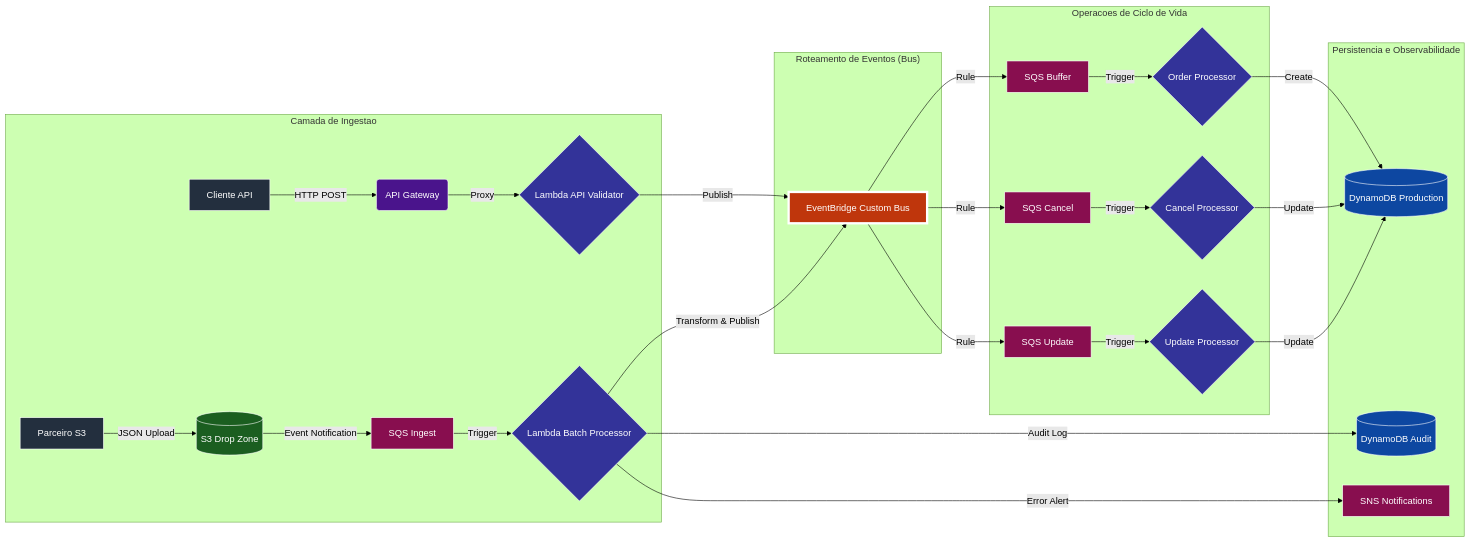
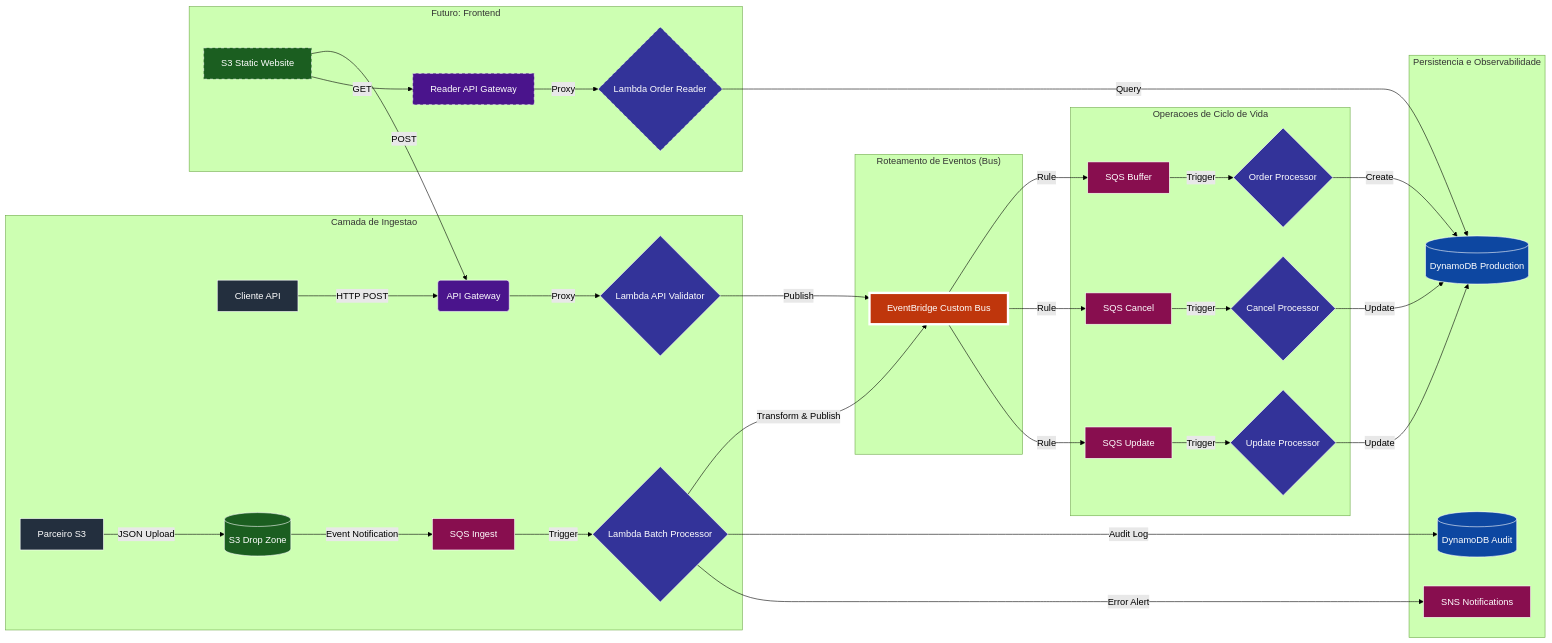
Before and after one commit to DessimA/aws-serverless-order-management: the diagram in README.md, drawn with Mermaid (forest theme). The commit also changed other lines of this file, not shown here.

Commit message:
docs: update README with fixes, lib.sh, and frontend roadmap

````diff
--- a/README.md
+++ b/README.md
@@ -12,48 +12,59 @@
 ```mermaid
 graph LR
     subgraph "Camada de Ingestao"
         A[Cliente API] -- HTTP POST --> B(API Gateway)
         B -- Proxy --> C{Lambda API Validator}
         D[Parceiro S3] -- JSON Upload --> E[(S3 Drop Zone)]
         E -- Event Notification --> F[SQS Ingest]
         F -- Trigger --> G{Lambda Batch Processor}
     end
 
     subgraph "Roteamento de Eventos (Bus)"
         C -- Publish --> H[EventBridge Custom Bus]
         G -- Transform & Publish --> H
     end
 
     subgraph "Operacoes de Ciclo de Vida"
         H -- Rule --> I[SQS Buffer] -- Trigger --> J{Order Processor}
         H -- Rule --> K[SQS Cancel] -- Trigger --> L{Cancel Processor}
         H -- Rule --> M[SQS Update] -- Trigger --> N{Update Processor}
     end
 
     subgraph "Persistencia e Observabilidade"
         J -- Create --> O[(DynamoDB Production)]
         L -- Update --> O
         N -- Update --> O
         G -- Audit Log --> P[(DynamoDB Audit)]
         G -- Error Alert --> Q[SNS Notifications]
     end
 
+    subgraph "Futuro: Frontend"
+        R[S3 Static Website]
+        R -- POST --> B
+        R -- GET --> S[Reader API Gateway]
+        S -- Proxy --> T{Lambda Order Reader}
+        T -- Query --> O
+    end
+
     %% Estilizacao para alto contraste (Fonte Branca)
     style A fill:#232F3E,stroke:#fff,color:#fff
     style B fill:#4A148C,stroke:#fff,color:#fff
     style C fill:#333399,stroke:#fff,color:#fff
     style D fill:#232F3E,stroke:#fff,color:#fff
     style E fill:#1B5E20,stroke:#fff,color:#fff
     style F fill:#880E4F,stroke:#fff,color:#fff
     style G fill:#333399,stroke:#fff,color:#fff
     style H fill:#BF360C,stroke:#fff,stroke-width:4px,color:#fff
     style I fill:#880E4F,stroke:#fff,color:#fff
     style J fill:#333399,stroke:#fff,color:#fff
     style K fill:#880E4F,stroke:#fff,color:#fff
     style L fill:#333399,stroke:#fff,color:#fff
     style M fill:#880E4F,stroke:#fff,color:#fff
     style N fill:#333399,stroke:#fff,color:#fff
     style O fill:#0D47A1,stroke:#fff,color:#fff
     style P fill:#0D47A1,stroke:#fff,color:#fff
     style Q fill:#880E4F,stroke:#fff,color:#fff
+    style R fill:#1B5E20,stroke:#fff,stroke-dasharray: 5 5,color:#fff
+    style S fill:#4A148C,stroke:#fff,stroke-dasharray: 5 5,color:#fff
+    style T fill:#333399,stroke:#fff,stroke-dasharray: 5 5,color:#fff
 ```
````
